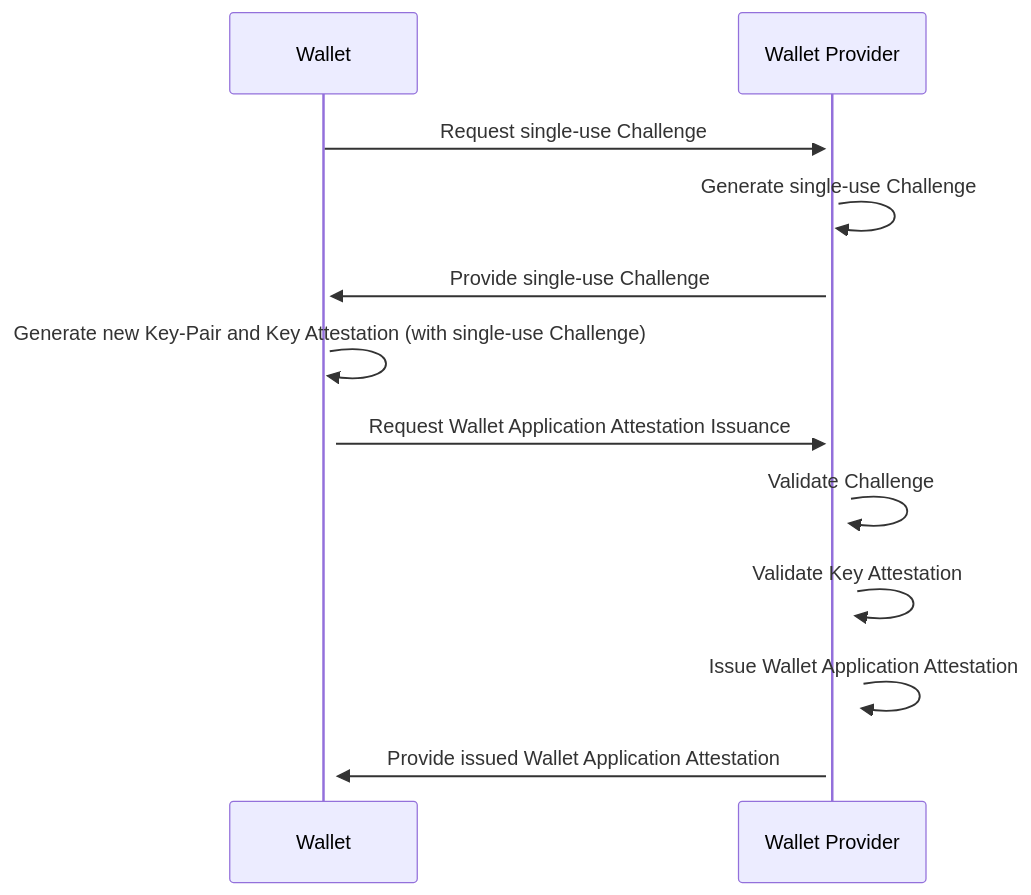
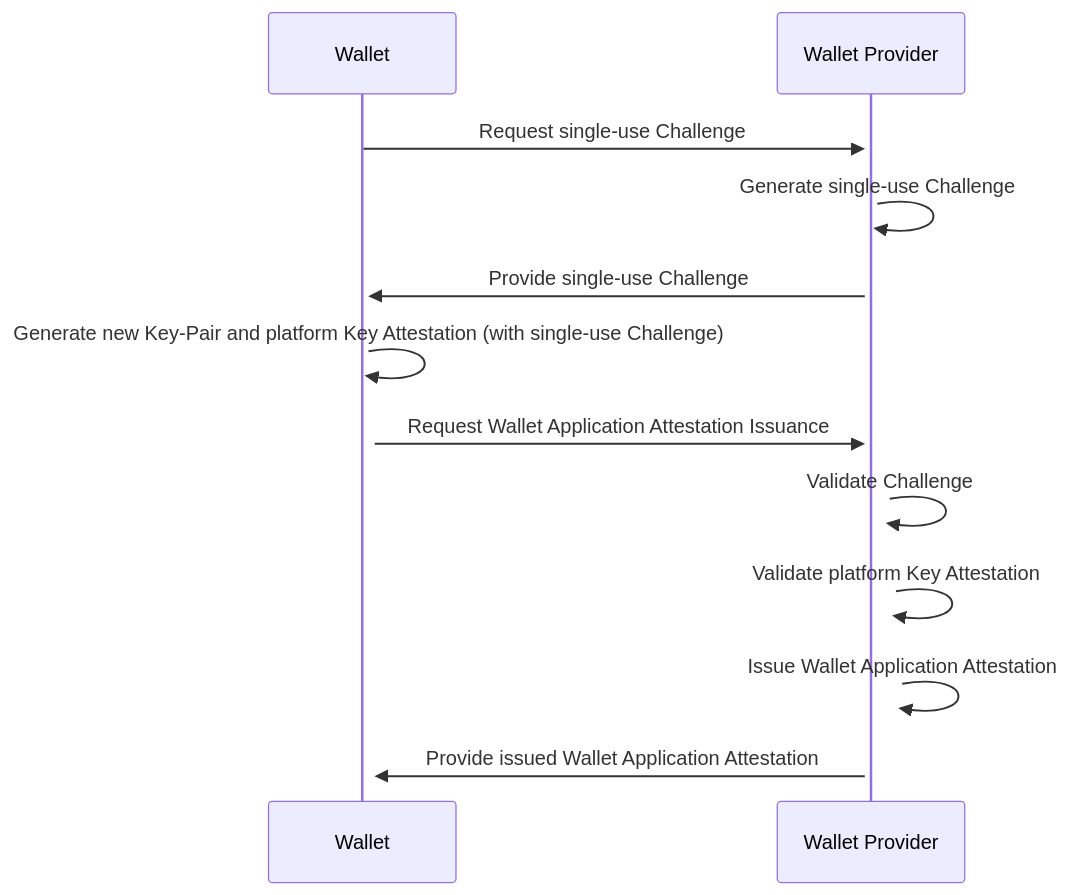
Before and after one commit to niscy-eudiw/eudi-srv-wallet-provider: the first of 4 diagrams in README.md, drawn with Mermaid. The commit also changed other lines of this file and 7 other files, not shown here.

````diff
--- a/README.md
+++ b/README.md
@@ -79,20 +79,20 @@
 ```mermaid
 sequenceDiagram    
     participant W as Wallet
     participant WP as Wallet Provider
     
     
     W->>+WP: Request single-use Challenge
     WP->>+WP: Generate single-use Challenge
     WP->>+W: Provide single-use Challenge
     
-    W->>+W: Generate new Key-Pair and Key Attestation (with single-use Challenge)
+    W->>+W: Generate new Key-Pair and platform Key Attestation (with single-use Challenge)
     
     W->>+WP: Request Wallet Application Attestation Issuance
     
     WP->>+WP: Validate Challenge
-    WP->>+WP: Validate Key Attestation
+    WP->>+WP: Validate platform Key Attestation
     WP->>+WP: Issue Wallet Application Attestation
     
     WP->>+W: Provide issued Wallet Application Attestation
 ```
````
